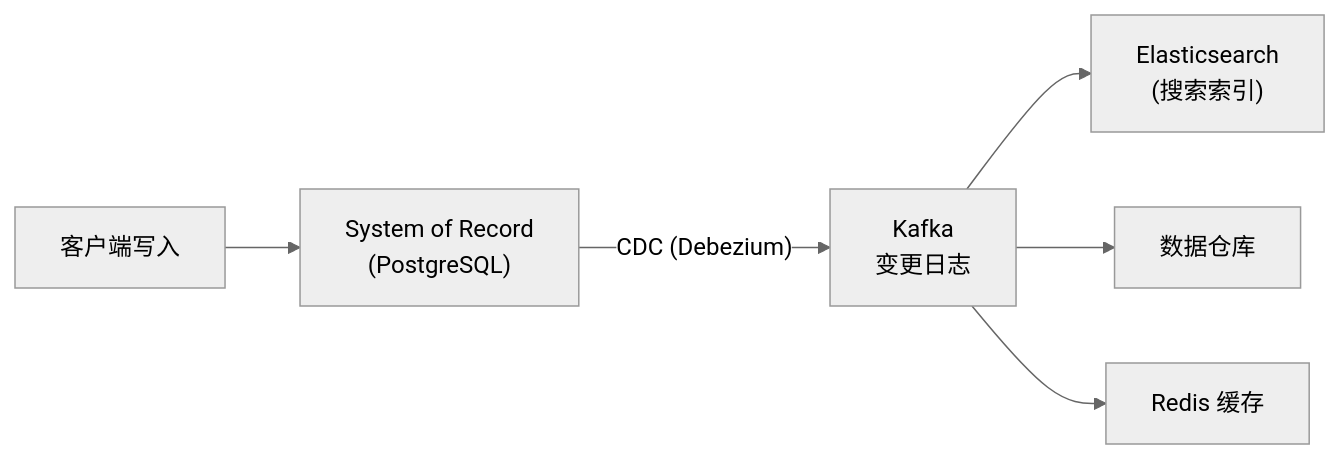
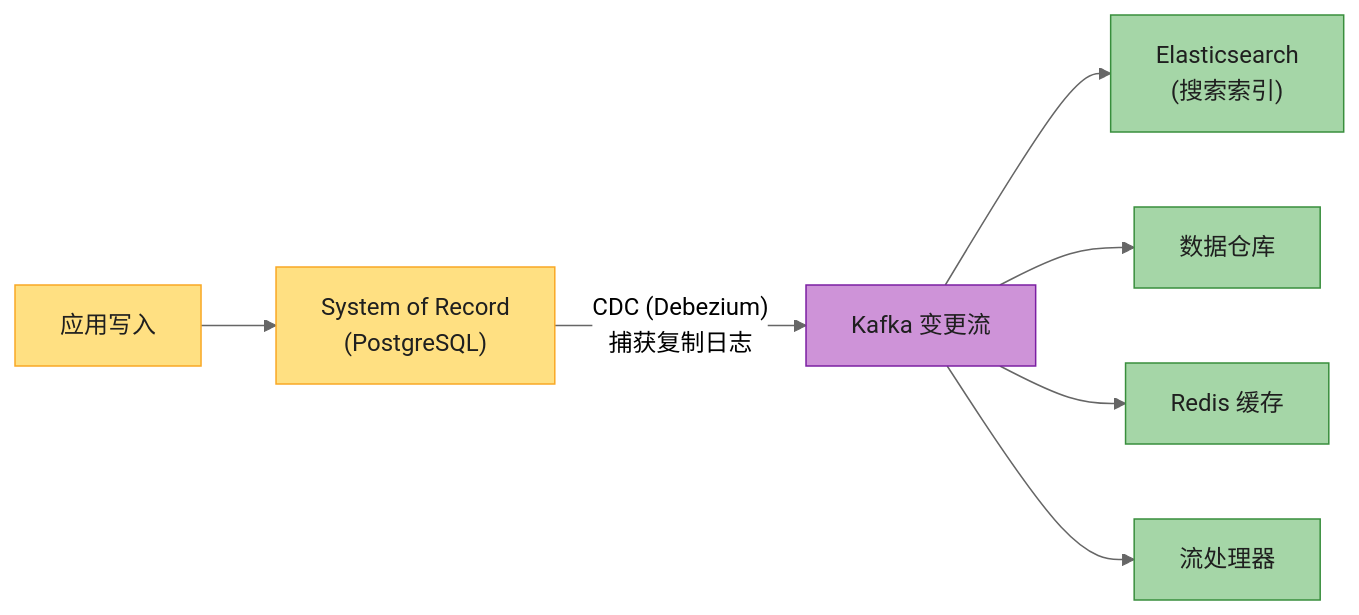
The eighth of 20 diagrams in ch12-流处理.md (socoo123/ddia_2nd), drawn with Mermaid (neutral theme) before and after one commit. The commit also changed other lines of this file and 5 other files, not shown here.

````diff
--- a/ch12-流处理.md
+++ b/ch12-流处理.md
@@ -142,8 +350,17 @@
 ```mermaid
-graph LR
-    CLIENT["客户端写入"] --> DB["System of Record<br/>(PostgreSQL)"]
-    DB -->|"CDC (Debezium)"| KAFKA["Kafka<br/>变更日志"]
+flowchart LR
+    APP["应用写入"] --> DB["System of Record<br/>(PostgreSQL)"]
+    DB -->|"CDC (Debezium)<br/>捕获复制日志"| KAFKA["Kafka 变更流"]
     KAFKA --> ES["Elasticsearch<br/>(搜索索引)"]
     KAFKA --> DW["数据仓库"]
     KAFKA --> CACHE["Redis 缓存"]
+    KAFKA --> PROC["流处理器"]
+
+    style APP fill:#FFE082,stroke:#F9A825,color:#1f1f1f
+    style DB fill:#FFE082,stroke:#F9A825,color:#1f1f1f
+    style KAFKA fill:#CE93D8,stroke:#7B1FA2,color:#1f1f1f
+    style ES fill:#A5D6A7,stroke:#388E3C,color:#1f1f1f
+    style DW fill:#A5D6A7,stroke:#388E3C,color:#1f1f1f
+    style CACHE fill:#A5D6A7,stroke:#388E3C,color:#1f1f1f
+    style PROC fill:#A5D6A7,stroke:#388E3C,color:#1f1f1f
 ```
````
